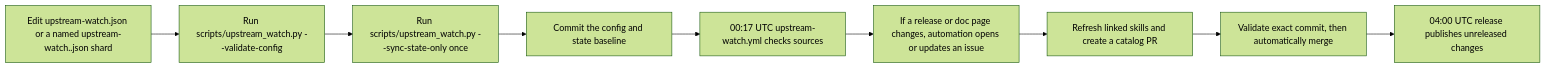
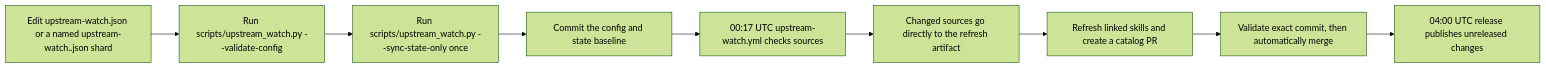
Before and after one commit to jianyuyanyu/dotnet-skills: the diagram in CONTRIBUTING.md, drawn with Mermaid (forest theme). The commit also changed other lines of this file and 13 other files, not shown here.

````diff
--- a/CONTRIBUTING.md
+++ b/CONTRIBUTING.md
@@ -402,11 +403,11 @@
 ```mermaid
 flowchart LR
   A["Edit upstream-watch.json or a named upstream-watch.<domain>.json shard"] --> B["Run scripts/upstream_watch.py --validate-config"]
   B --> C["Run scripts/upstream_watch.py --sync-state-only once"]
   C --> D["Commit the config and state baseline"]
   D --> E["00:17 UTC upstream-watch.yml checks sources"]
-  E --> F["If a release or doc page changes, automation opens or updates an issue"]
+  E --> F["Changed sources go directly to the refresh artifact"]
   F --> G["Refresh linked skills and create a catalog PR"]
   G --> H["Validate exact commit, then automatically merge"]
   H --> I["04:00 UTC release publishes unreleased changes"]
 ```
````
